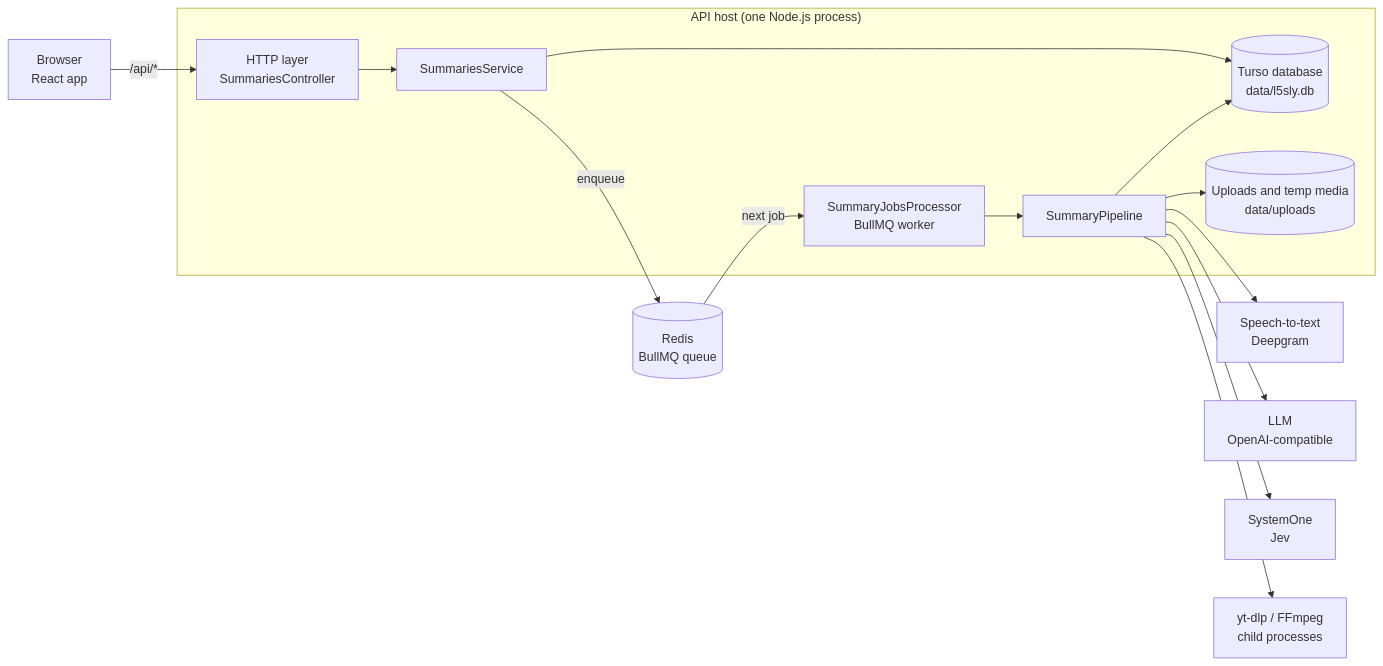
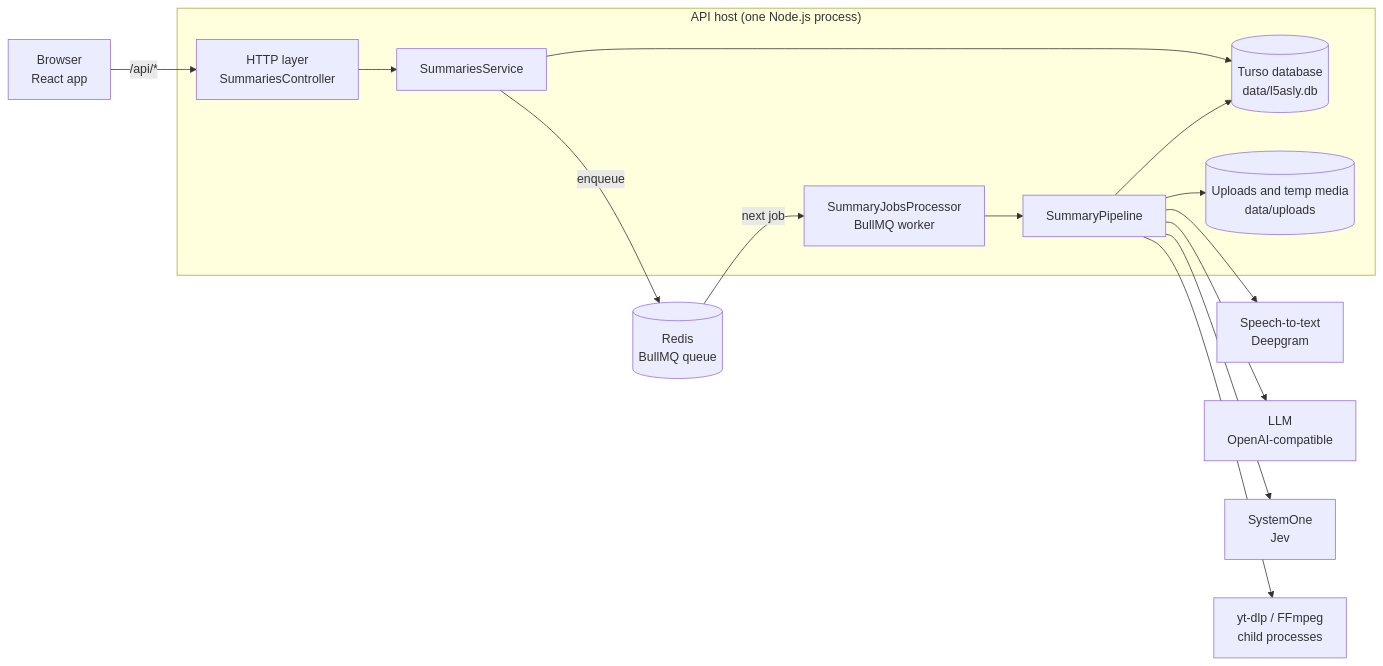
The first of 2 diagrams in docs/architecture/overview.md (mahmoudalnkeeb/l5asly), drawn with Mermaid before and after one commit. The commit also changed 66 other files, not shown here.

First line of the commit message:
chore: rename l5sly to l5asly

````diff
--- a/docs/architecture/overview.md
+++ b/docs/architecture/overview.md
@@ -7,27 +7,27 @@
 ```mermaid
 flowchart LR
   browser["Browser<br/>React app"] -->|"/api/*"| api
 
   subgraph host["API host (one Node.js process)"]
     api["HTTP layer<br/>SummariesController"]
     service["SummariesService"]
     worker["SummaryJobsProcessor<br/>BullMQ worker"]
     pipeline["SummaryPipeline"]
-    db[("Turso database<br/>data/l5sly.db")]
+    db[("Turso database<br/>data/l5asly.db")]
     files[("Uploads and temp media<br/>data/uploads")]
   end
 
   redis[("Redis<br/>BullMQ queue")]
 
   api --> service
   service --> db
   service -->|enqueue| redis
   redis -->|next job| worker
   worker --> pipeline
   pipeline --> db
   pipeline --> files
   pipeline --> stt["Speech-to-text<br/>Deepgram"]
   pipeline --> llm["LLM<br/>OpenAI-compatible"]
   pipeline --> systemone["SystemOne<br/>Jev"]
   pipeline --> ytdlp["yt-dlp / FFmpeg<br/>child processes"]
 ```
````
